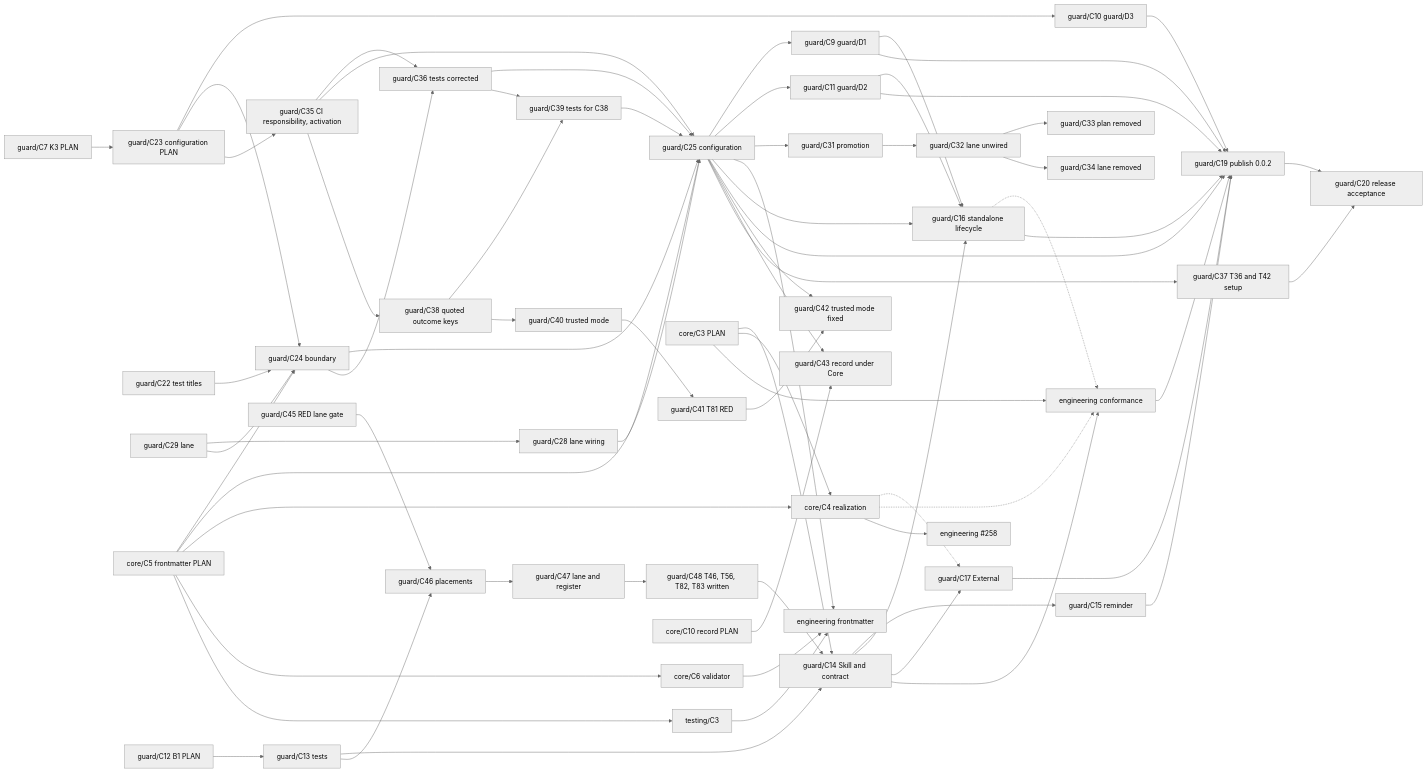
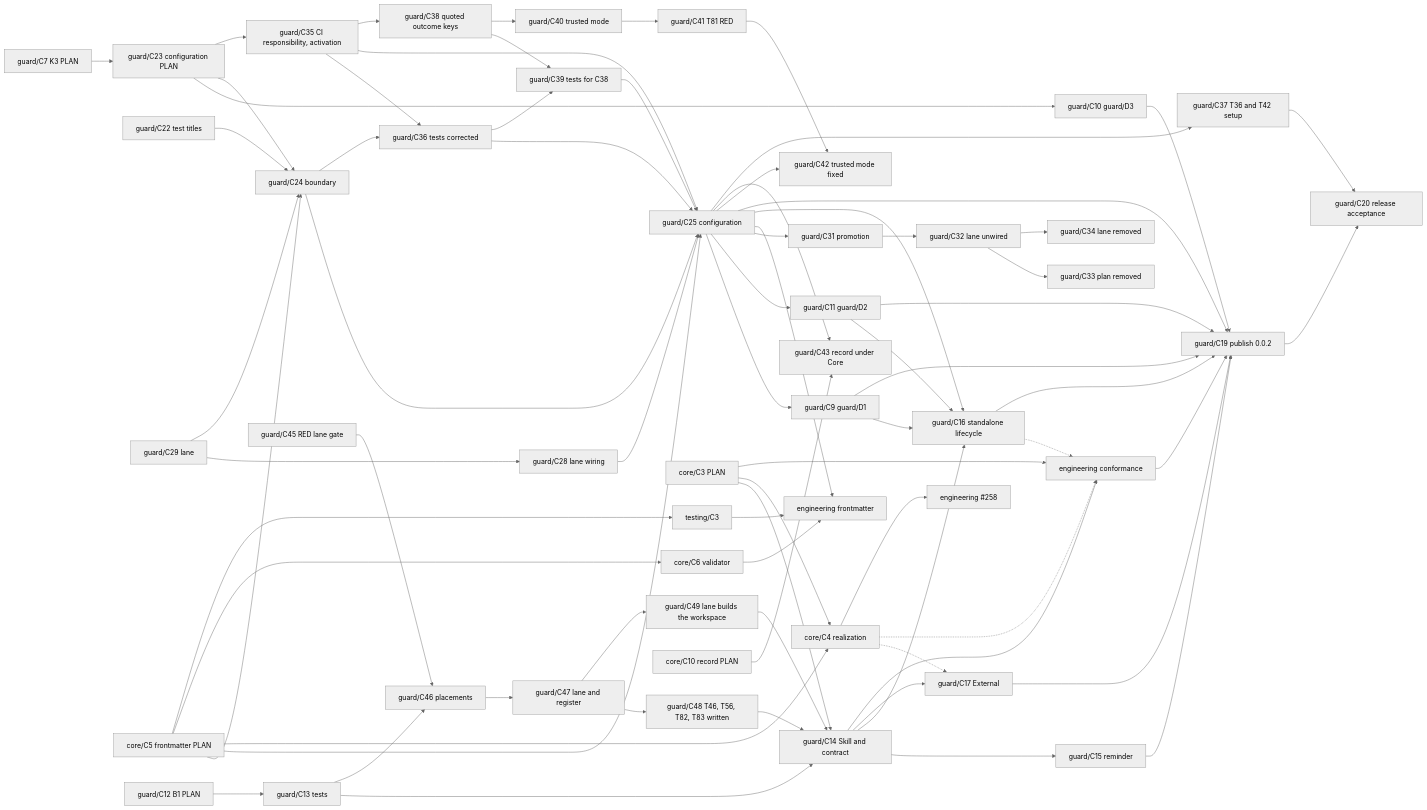
The diagram in engineering/guard/change.md (Kai-Hacks-AI/KAAL), drawn with Mermaid (neutral theme) before and after one commit. The commit also changed other lines of this file, not shown here.

Commit message:
guard/C50: Change map, guard/C46–guard/C49 merged and guard/C49 allocated

````diff
--- a/engineering/guard/change.md
+++ b/engineering/guard/change.md
@@ -243,72 +245,74 @@
 ```mermaid
 graph LR
   C7[guard/C7 K3 PLAN] --> C23[guard/C23 configuration PLAN]
   C25 --> C9[guard/C9 guard/D1]
   C23 --> C10[guard/C10 guard/D3]
   C25 --> C11[guard/C11 guard/D2]
   C22[guard/C22 test titles] --> C24[guard/C24 boundary]
   C23 --> C24
   C29[guard/C29 lane] --> C28[guard/C28 lane wiring]
   C29 --> C24
   C28 --> C25
   C24 --> C25[guard/C25 configuration]
   C23 --> C35[guard/C35 CI responsibility, activation]
   C35 --> C36[guard/C36 tests corrected]
   C24 --> C36
   C35 --> C25
   C36 --> C25
   C25 --> C31[guard/C31 promotion]
   C31 --> C32[guard/C32 lane unwired]
   C32 --> C33[guard/C33 plan removed]
   C32 --> C34[guard/C34 lane removed]
   FM5 --> C24
   FM5 --> C25
   C25 --> FE
   C12[guard/C12 B1 PLAN] --> C13[guard/C13 tests]
   C13 --> C14[guard/C14 Skill and contract]
   C13 --> C46[guard/C46 placements]
   C45[guard/C45 RED lane gate] --> C46
   C46 --> C47[guard/C47 lane and register]
   C47 --> C48[guard/C48 T46, T56, T82, T83 written]
   C48 --> C14
+  C47 --> C49[guard/C49 lane builds the workspace]
+  C49 --> C14
   CP[core/C3 PLAN] --> C14
   C14 --> C15[guard/C15 reminder]
   C14 --> C16[guard/C16 standalone lifecycle]
   C25 --> C16
   C9 --> C16
   C11 --> C16
   C14 --> C17[guard/C17 External]
   CP --> CR[core/C4 realization]
   FM5[core/C5 frontmatter PLAN] --> CR
   FM5 --> FM6[core/C6 validator]
   FM5 --> TT[testing/C3]
   FM6 --> FE[engineering frontmatter]
   TT --> FE
   CR -.-> C17
   C14 --> EC[engineering conformance]
   CP --> EC
   C16 -.-> EC
   CR -.-> EC
   CR --> EA[engineering #258]
   C9 --> C19[guard/C19 publish 0.0.2]
   C10 --> C19
   C11 --> C19
   C15 --> C19
   C16 --> C19
   C25 --> C19
   C17 --> C19
   EC --> C19
   C35 --> C38[guard/C38 quoted outcome keys]
   C38 --> C39[guard/C39 tests for C38]
   C36 --> C39
   C39 --> C25
   C38 --> C40[guard/C40 trusted mode]
   C40 --> C41[guard/C41 T81 RED]
   C41 --> C42[guard/C42 trusted mode fixed]
   C25 --> C42
   C25 --> C43[guard/C43 record under Core]
   CRC[core/C10 record PLAN] --> C43
   C25 --> C37[guard/C37 T36 and T42 setup]
   C37 --> C20[guard/C20 release acceptance]
   C19 --> C20
 ```
````
